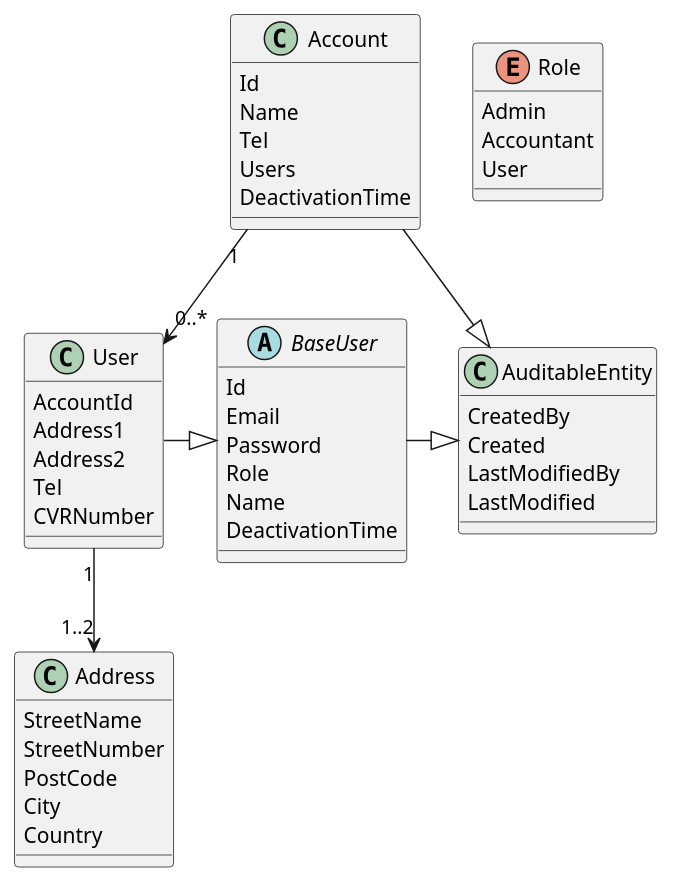
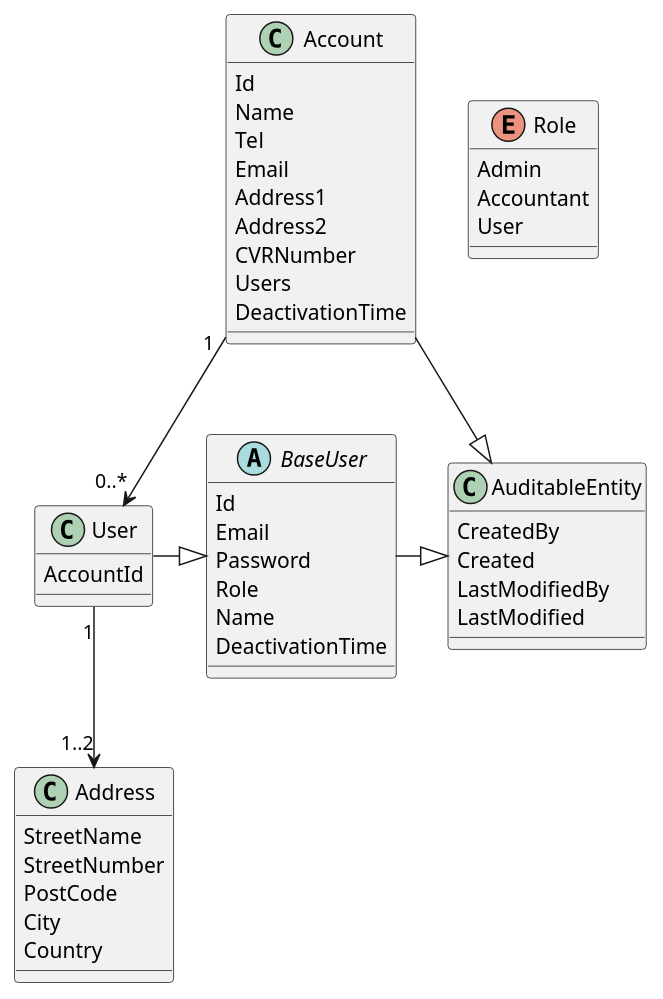
Before and after one commit to IT-Minds/client_dansk-gartneri_indberetning: the diagram in docs/entity-datamodel.md, drawn with PlantUML. The commit also changed 4 other files, not shown here.

```diff
--- a/docs/entity-datamodel.md
+++ b/docs/entity-datamodel.md
@@ -1,55 +1,55 @@
 @startuml
 
 class AuditableEntity {
   CreatedBy
   Created
   LastModifiedBy
   LastModified
 }
 
 abstract class BaseUser {
   Id
   Email
   Password
   Role
   Name
   DeactivationTime
 }
 
 class Account {
   Id
   Name
   Tel
+  Email
+  Address1
+  Address2
+  CVRNumber
   Users
   DeactivationTime
 }
 
 class User {
   AccountId
-  Address1
-  Address2
-  Tel
-  CVRNumber
 }
 
 enum Role {
   Admin
   Accountant
   User
 }
 
 class Address {
   StreetName
   StreetNumber
   PostCode
   City
   Country
 }
 
 BaseUser -|> AuditableEntity
 User -|> BaseUser
 Account -|> AuditableEntity
 Account "1"-->"0..*" User
 User "1"-->"1..2" Address
 
 @enduml
```
